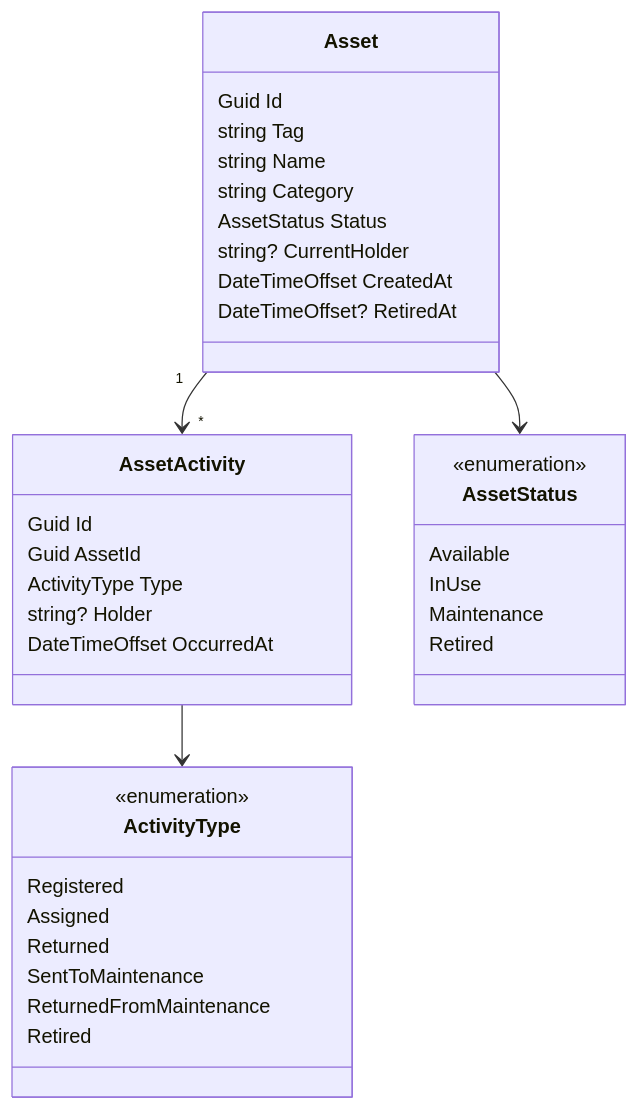
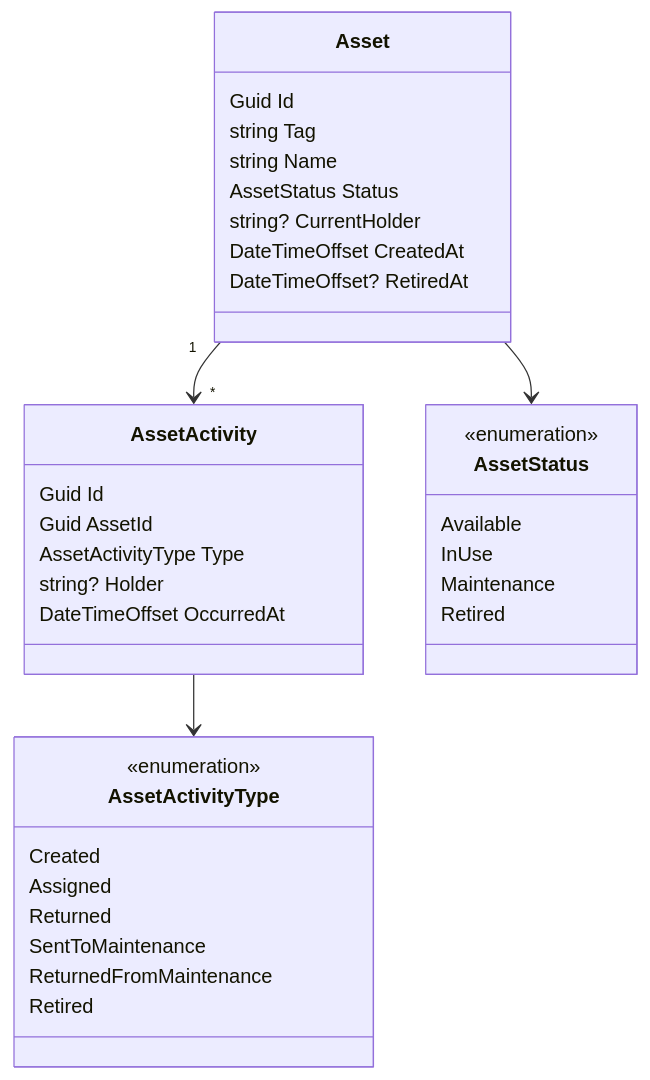
Before and after one commit to grabreu/asset-ops: the first of 2 diagrams in apps/api/README.md, drawn with Mermaid. The commit also changed other lines of this file and 20 other files, not shown here.

````diff
--- a/apps/api/README.md
+++ b/apps/api/README.md
@@ -14,39 +14,38 @@
 ```mermaid
 classDiagram
     class Asset {
         Guid Id
         string Tag
         string Name
-        string Category
         AssetStatus Status
         string? CurrentHolder
         DateTimeOffset CreatedAt
         DateTimeOffset? RetiredAt
     }
     class AssetActivity {
         Guid Id
         Guid AssetId
-        ActivityType Type
+        AssetActivityType Type
         string? Holder
         DateTimeOffset OccurredAt
     }
     class AssetStatus {
         <<enumeration>>
         Available
         InUse
         Maintenance
         Retired
     }
-    class ActivityType {
+    class AssetActivityType {
         <<enumeration>>
-        Registered
+        Created
         Assigned
         Returned
         SentToMaintenance
         ReturnedFromMaintenance
         Retired
     }
     Asset "1" --> "*" AssetActivity
     Asset --> AssetStatus
-    AssetActivity --> ActivityType
+    AssetActivity --> AssetActivityType
 ```
````
